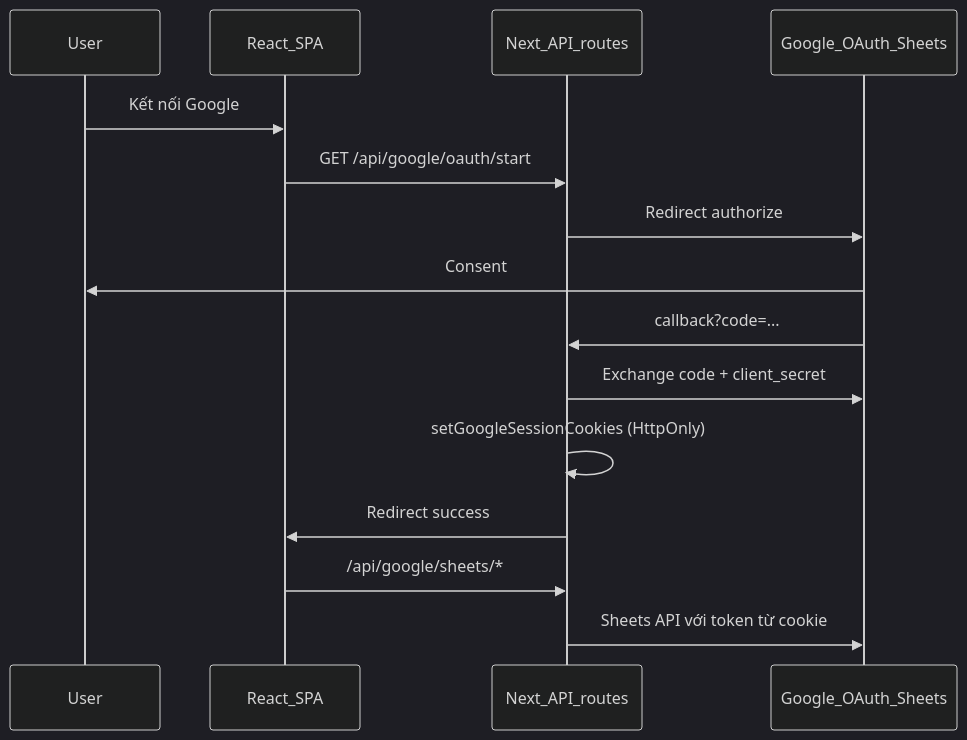
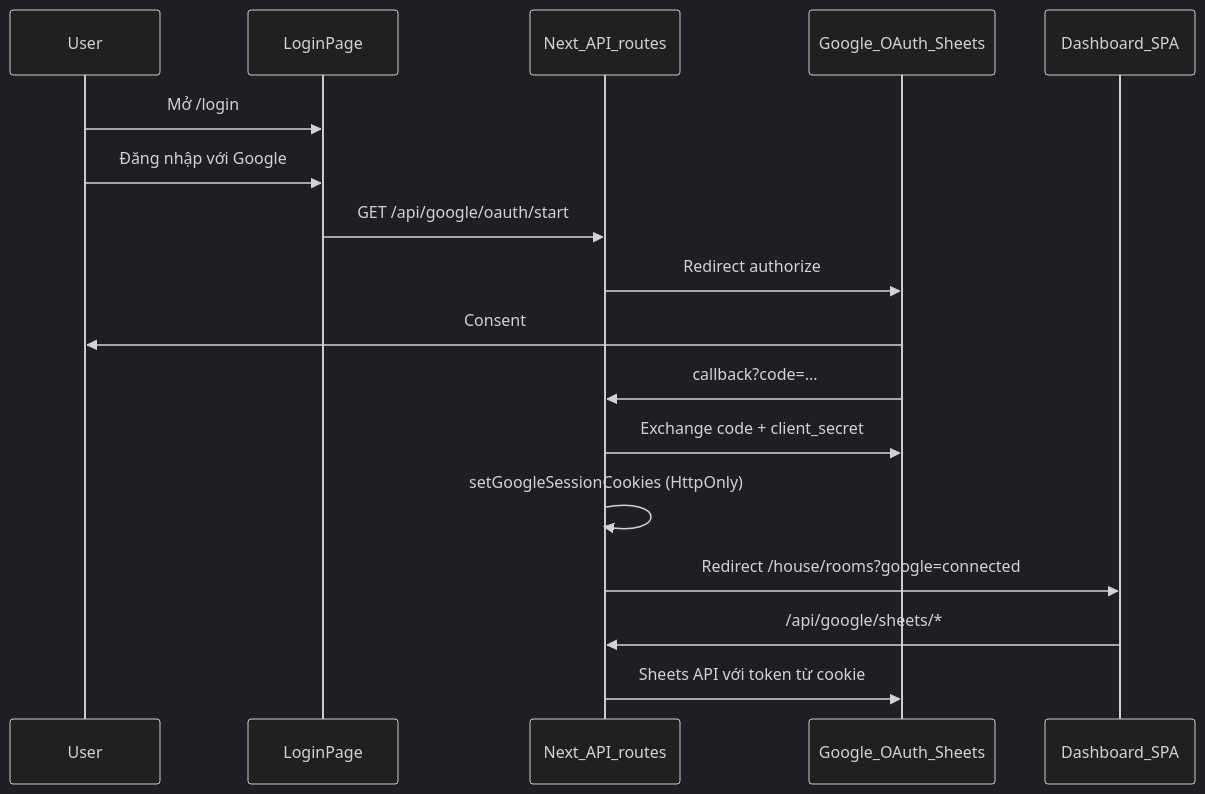
Before and after one commit to anson190777/management-myself: the third of 3 diagrams in PROJECT_DOCS.md, drawn with Mermaid (dark theme). The commit also changed other lines of this file and 27 other files, not shown here.

First line of the commit message:
Complete Google Sheets migration with OAuth login and yearly bill tabs.

````diff
--- a/PROJECT_DOCS.md
+++ b/PROJECT_DOCS.md
@@ -127,18 +163,20 @@
 ```mermaid
 sequenceDiagram
   participant User
-  participant SPA as React_SPA
+  participant Login as LoginPage
   participant NextAPI as Next_API_routes
   participant Google as Google_OAuth_Sheets
+  participant Dashboard as Dashboard_SPA
 
-  User->>SPA: Kết nối Google
-  SPA->>NextAPI: GET /api/google/oauth/start
+  User->>Login: Mở /login
+  User->>Login: Đăng nhập với Google
+  Login->>NextAPI: GET /api/google/oauth/start
   NextAPI->>Google: Redirect authorize
   Google->>User: Consent
   Google->>NextAPI: callback?code=...
   NextAPI->>Google: Exchange code + client_secret
   NextAPI->>NextAPI: setGoogleSessionCookies (HttpOnly)
-  NextAPI->>SPA: Redirect success
-  SPA->>NextAPI: /api/google/sheets/*
+  NextAPI->>Dashboard: Redirect /house/rooms?google=connected
+  Dashboard->>NextAPI: /api/google/sheets/*
   NextAPI->>Google: Sheets API với token từ cookie
 ```
````
